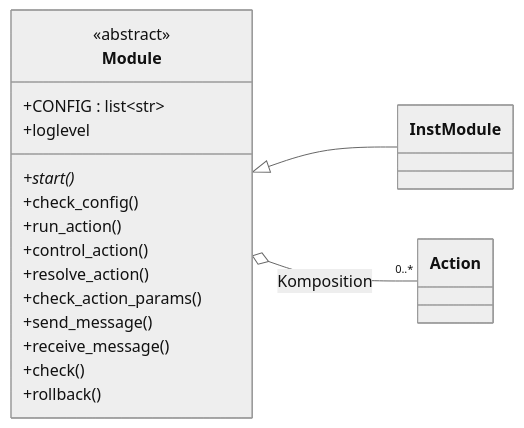
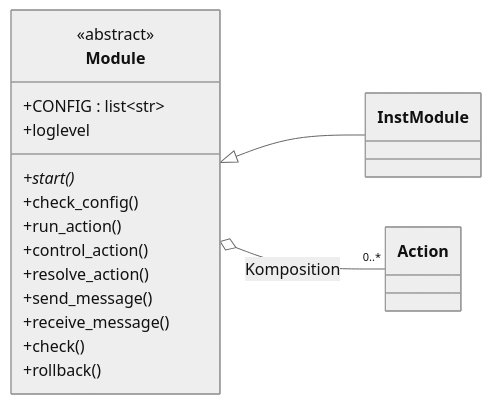
The third of 7 diagrams in docs/04_implementierungsplan.md (macodix/pifos), drawn with Mermaid (neutral theme) before and after one commit. The commit also changed other lines of this file, not shown here.

Commit message:
check_action_params gestrichen; in Module bleibt nur resolve_action

````diff
--- a/docs/04_implementierungsplan.md
+++ b/docs/04_implementierungsplan.md
@@ -150,25 +150,24 @@
 ```mermaid
 classDiagram
     direction LR
 
     class Module {
         <<abstract>>
         +CONFIG : list~str~
         +loglevel
         +start()*
         +check_config()
         +run_action()
         +control_action()
         +resolve_action()
-        +check_action_params()
         +send_message()
         +receive_message()
         +check()
         +rollback()
     }
     class InstModule
     class Action
 
     Module <|-- InstModule
     Module o-- "0..*" Action : Komposition
 ```
````
